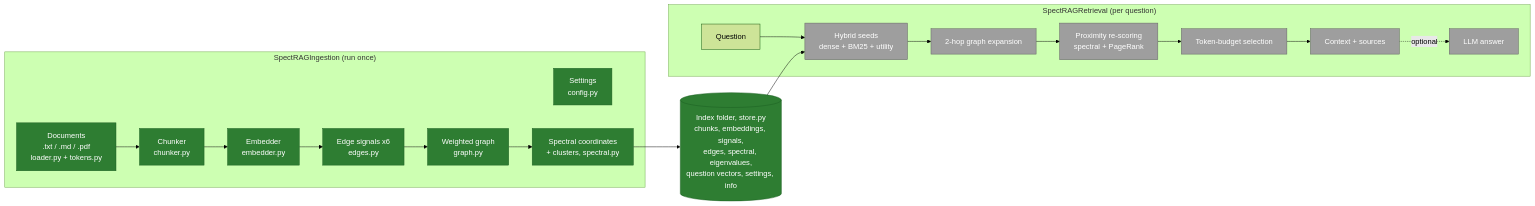
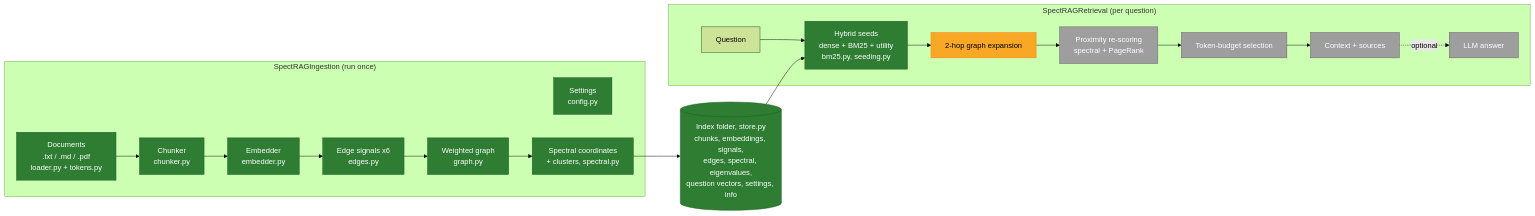
One commit to aion7891/Spect-RAG changed the first of 11 diagrams in README.md. Above: the diagram before and after it, drawn with Mermaid (forest theme). The commit also changed other lines of this file and 6 other files, not shown here.

Commit message:
feat: Phase 7 – BM25 and hybrid seed retrieval (dense + BM25 + utility, RRF)

````diff
--- a/README.md
+++ b/README.md
@@ -151,24 +152,24 @@
 ```mermaid
 flowchart LR
     subgraph OFFLINE["SpectRAGIngestion (run once)"]
         S["Settings<br/>config.py"]:::done
         A["Documents<br/>.txt / .md / .pdf<br/>loader.py + tokens.py"]:::done --> B["Chunker<br/>chunker.py"]:::done
         B --> C["Embedder<br/>embedder.py"]:::done
         C --> D["Edge signals x6<br/>edges.py"]:::done
         D --> E["Weighted graph<br/>graph.py"]:::done
         E --> F["Spectral coordinates<br/>+ clusters, spectral.py"]:::done
     end
     F --> G[("Index folder, store.py<br/>chunks, embeddings, signals,<br/>edges, spectral, eigenvalues,<br/>question vectors, settings, info")]:::done
     subgraph ONLINE["SpectRAGRetrieval (per question)"]
-        H["Question"] --> I["Hybrid seeds<br/>dense + BM25 + utility"]:::todo
-        I --> J["2-hop graph expansion"]:::todo
+        H["Question"] --> I["Hybrid seeds<br/>dense + BM25 + utility<br/>bm25.py, seeding.py"]:::done
+        I --> J["2-hop graph expansion"]:::doing
         J --> K["Proximity re-scoring<br/>spectral + PageRank"]:::todo
         K --> L["Token-budget selection"]:::todo
         L --> M["Context + sources"]:::todo
         M -.optional.-> N["LLM answer"]:::todo
     end
     G --> I
     classDef done fill:#2e7d32,color:#fff,stroke:#1b5e20
     classDef doing fill:#f9a825,color:#000,stroke:#f57f17
     classDef todo fill:#9e9e9e,color:#fff,stroke:#616161
 ```
````
